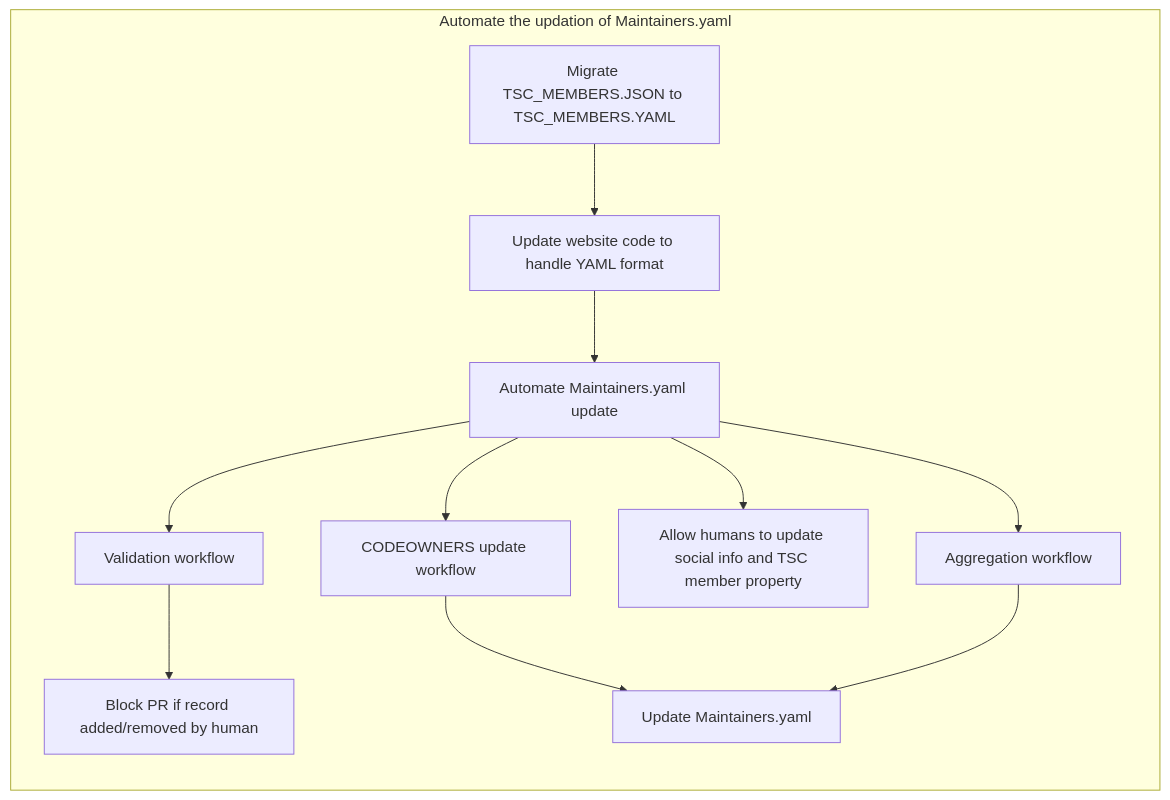
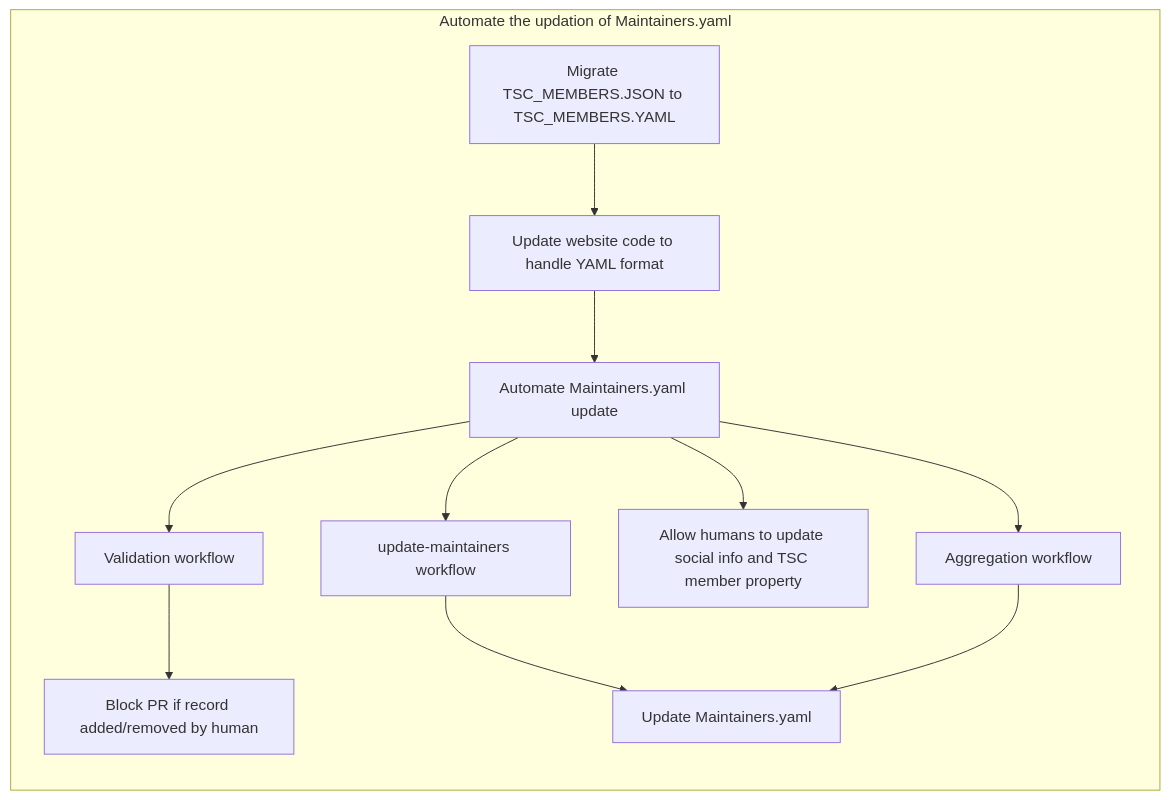
One commit to asyncapi/community changed the first of 12 diagrams in mentorship/summerofcode/2023/workflowautomation/README.md. Above: the diagram before and after it, drawn with Mermaid. The commit also changed other lines of this file, not shown here.

Commit message:
minor fixes

````diff
--- a/mentorship/summerofcode/2023/workflowautomation/README.md
+++ b/mentorship/summerofcode/2023/workflowautomation/README.md
@@ -9,15 +9,15 @@
 ```mermaid
 graph LR;
  subgraph Automate the updation of Maintainers.yaml
 
     A[Migrate TSC_MEMBERS.JSON to TSC_MEMBERS.YAML] --> B[Update website code to handle YAML format];
     B --> C[Automate Maintainers.yaml update];
     C --> D[Validation workflow];
-    C --> E[CODEOWNERS update workflow];
+    C --> E[update-maintainers workflow];
     C --> F[Allow humans to update social info and TSC member property];
     C --> G[Aggregation workflow];
     D --> H[Block PR if record added/removed by human];
     E --> I[Update Maintainers.yaml];
     G --> I;
     end;
 ```
````
